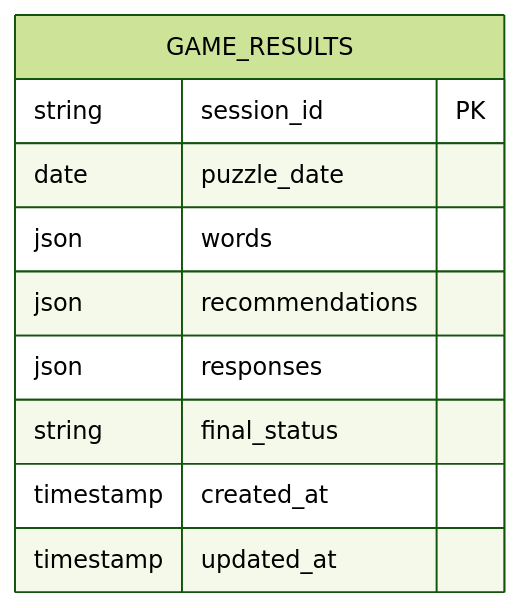
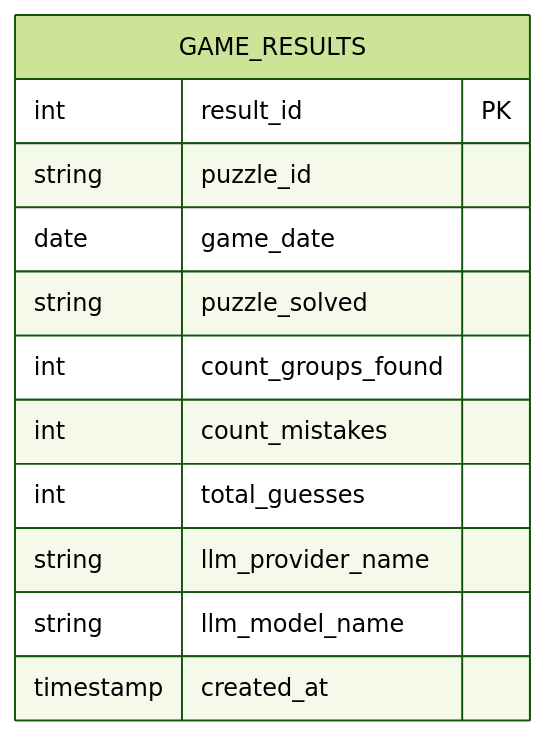
One commit to jimthompson5802/sdd_connection_solver2 changed the third of 11 diagrams in docs/diagrams/connection_solver_architecture.md. Above: the diagram before and after it, drawn with Mermaid (forest theme).

Commit message:
FIX: Update ER diagram for GAME_RESULTS to reflect actual schema (#29)

````diff
--- a/docs/diagrams/connection_solver_architecture.md
+++ b/docs/diagrams/connection_solver_architecture.md
@@ -136,13 +136,15 @@
 ```mermaid
 erDiagram
     GAME_RESULTS {
-        string session_id PK
-        date puzzle_date
-        json words
-        json recommendations
-        json responses
-        string final_status
+        int result_id PK
+        string puzzle_id
+        date game_date
+        string puzzle_solved
+        int count_groups_found
+        int count_mistakes
+        int total_guesses
+        string llm_provider_name
+        string llm_model_name
         timestamp created_at
-        timestamp updated_at
     }
 ```
````
